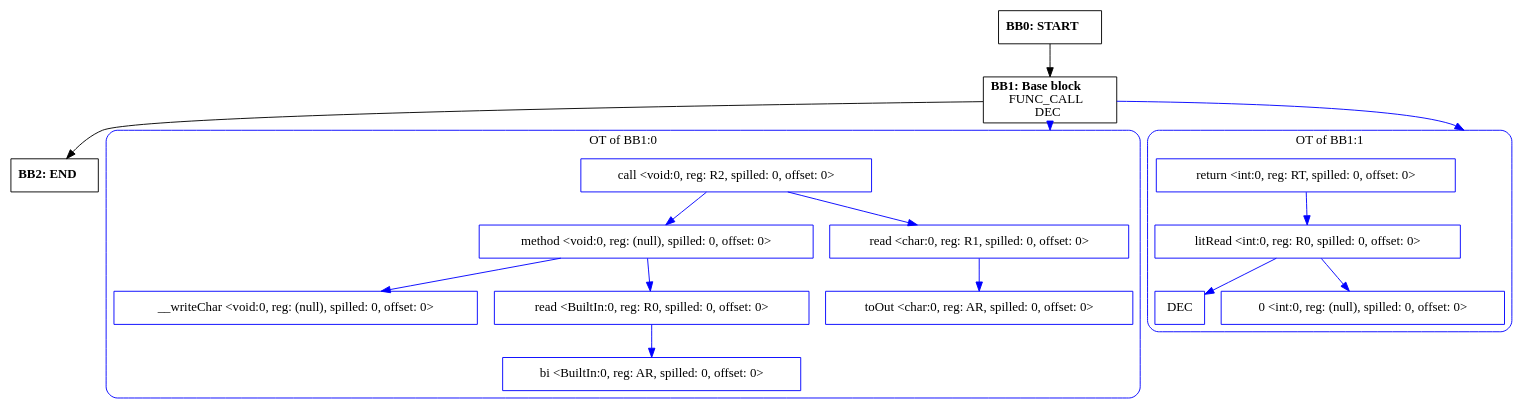
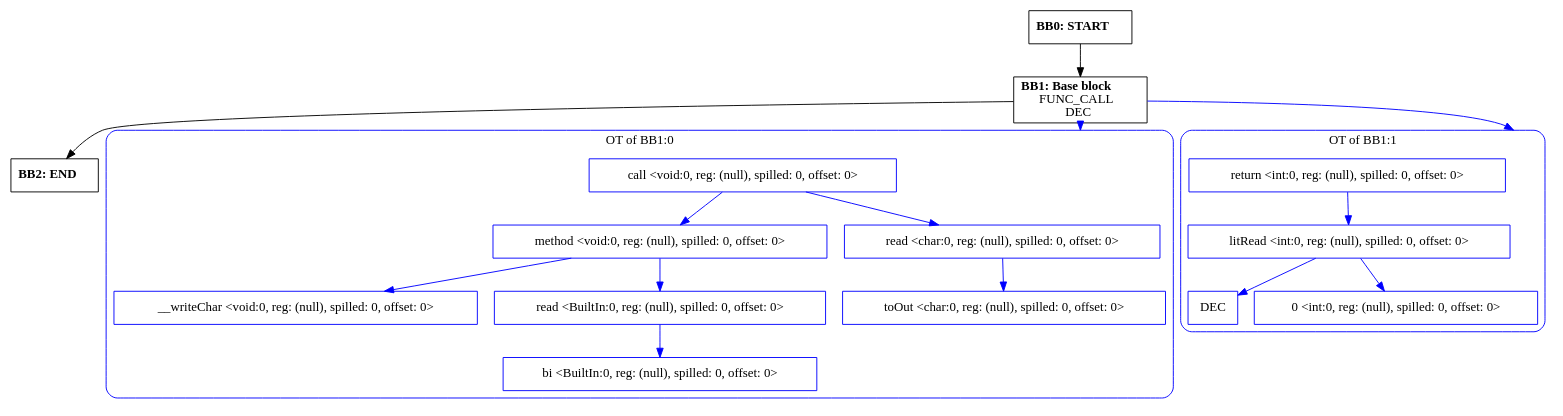
The diagram in outputs/cfg/io.IO.printChar.dot (zavar152-cv/myLang-oop-compiler), drawn with Graphviz before and after one commit. The commit also changed 33 other files, not shown here.

```diff
--- a/outputs/cfg/io.IO.printChar.dot
+++ b/outputs/cfg/io.IO.printChar.dot
@@ -1,46 +1,46 @@
 digraph CFG {
     compound=true;
     graph [splines=true];
     node [shape=rectangle];
 
     BB2 [label=<<B>BB2: END</B><BR ALIGN="CENTER"/>>];
     BB1 [label=<<B>BB1: Base block</B><BR ALIGN="CENTER"/>FUNC_CALL<BR ALIGN="CENTER"/>DEC<BR ALIGN="CENTER"/>>];
     subgraph cluster_instruction0 {
         label = "OT of BB1:0";
         style=rounded;
         color=blue;
         entry0 [shape=point, style=invis];
-        node0 [label="call <void:0, reg: R2, spilled: 0, offset: 0>", color=blue];
+        node0 [label="call <void:0, reg: (null), spilled: 0, offset: 0>", color=blue];
         node1 [label="method <void:0, reg: (null), spilled: 0, offset: 0>", color=blue];
         node2 [label="__writeChar <void:0, reg: (null), spilled: 0, offset: 0>", color=blue];
         node1 -> node2[color=blue];
-        node3 [label="read <BuiltIn:0, reg: R0, spilled: 0, offset: 0>", color=blue];
-        node4 [label="bi <BuiltIn:0, reg: AR, spilled: 0, offset: 0>", color=blue];
+        node3 [label="read <BuiltIn:0, reg: (null), spilled: 0, offset: 0>", color=blue];
+        node4 [label="bi <BuiltIn:0, reg: (null), spilled: 0, offset: 0>", color=blue];
         node3 -> node4[color=blue];
         node1 -> node3[color=blue];
         node0 -> node1[color=blue];
-        node5 [label="read <char:0, reg: R1, spilled: 0, offset: 0>", color=blue];
-        node6 [label="toOut <char:0, reg: AR, spilled: 0, offset: 0>", color=blue];
+        node5 [label="read <char:0, reg: (null), spilled: 0, offset: 0>", color=blue];
+        node6 [label="toOut <char:0, reg: (null), spilled: 0, offset: 0>", color=blue];
         node5 -> node6[color=blue];
         node0 -> node5[color=blue];
     }
     BB1 -> entry0 [lhead=cluster_instruction0, color=blue];
     subgraph cluster_instruction1 {
         label = "OT of BB1:1";
         style=rounded;
         color=blue;
         entry1 [shape=point, style=invis];
-        node7 [label="return <int:0, reg: RT, spilled: 0, offset: 0>", color=blue];
-        node8 [label="litRead <int:0, reg: R0, spilled: 0, offset: 0>", color=blue];
+        node7 [label="return <int:0, reg: (null), spilled: 0, offset: 0>", color=blue];
+        node8 [label="litRead <int:0, reg: (null), spilled: 0, offset: 0>", color=blue];
         node9 [label="DEC", color=blue];
         node8 -> node9[color=blue];
         node10 [label="0 <int:0, reg: (null), spilled: 0, offset: 0>", color=blue];
         node8 -> node10[color=blue];
         node7 -> node8[color=blue];
     }
     BB1 -> entry1 [lhead=cluster_instruction1, color=blue];
     BB0 [label=<<B>BB0: START</B><BR ALIGN="CENTER"/>>];
 
     BB1 -> BB2;
     BB0 -> BB1;
 }
```
